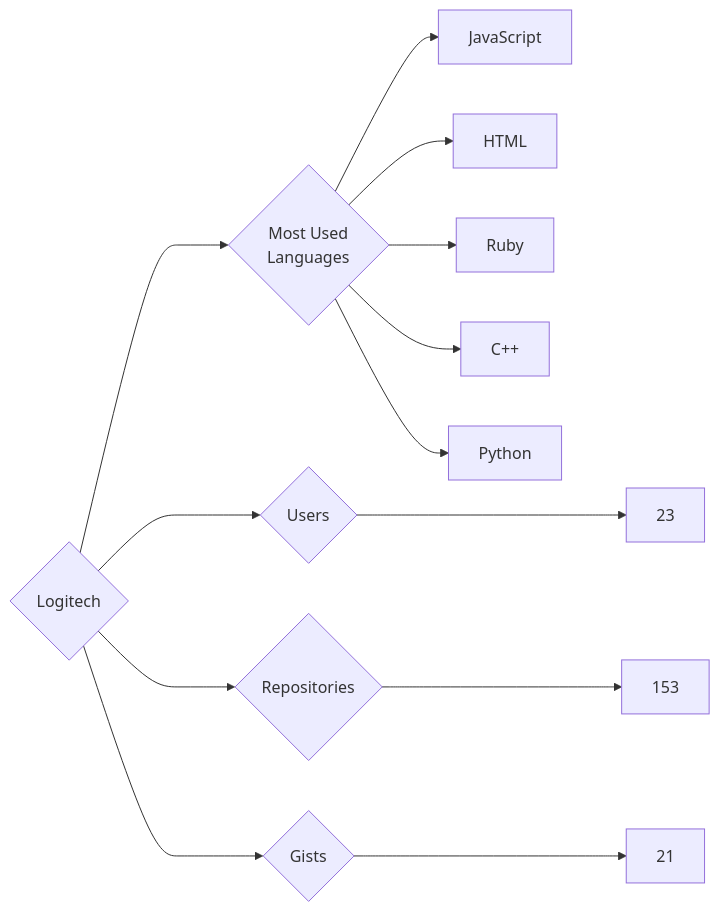
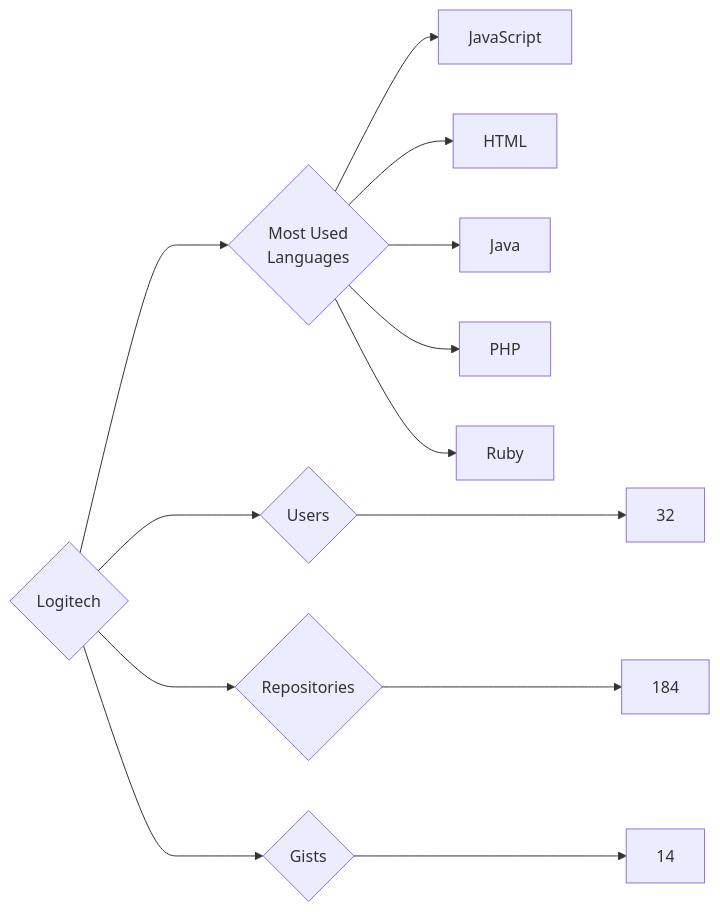
The diagram in targets/Logitech/README.md (trickest/insiders), drawn with Mermaid before and after one commit. The commit also changed 597 other files, not shown here.

````diff
--- a/targets/Logitech/README.md
+++ b/targets/Logitech/README.md
@@ -3,13 +3,13 @@
 ```mermaid
 graph LR
 COMPANY_NAME{Logitech}
-COMPANY_NAME ---> U{Users} ---> UN[23]
-COMPANY_NAME ---> R{Repositories} ---> RN[153]
-COMPANY_NAME ---> G{Gists} ---> GN[21]
+COMPANY_NAME ---> U{Users} ---> UN[32]
+COMPANY_NAME ---> R{Repositories} ---> RN[184]
+COMPANY_NAME ---> G{Gists} ---> GN[14]
 COMPANY_NAME ---> ML{Most Used<br>Languages}
 ML --> JavaScript[JavaScript]
 ML --> HTML[HTML]
+ML --> Java[Java]
+ML --> PHP[PHP]
 ML --> Ruby[Ruby]
-ML --> C++[C++]
-ML --> Python[Python]
 ```
````
